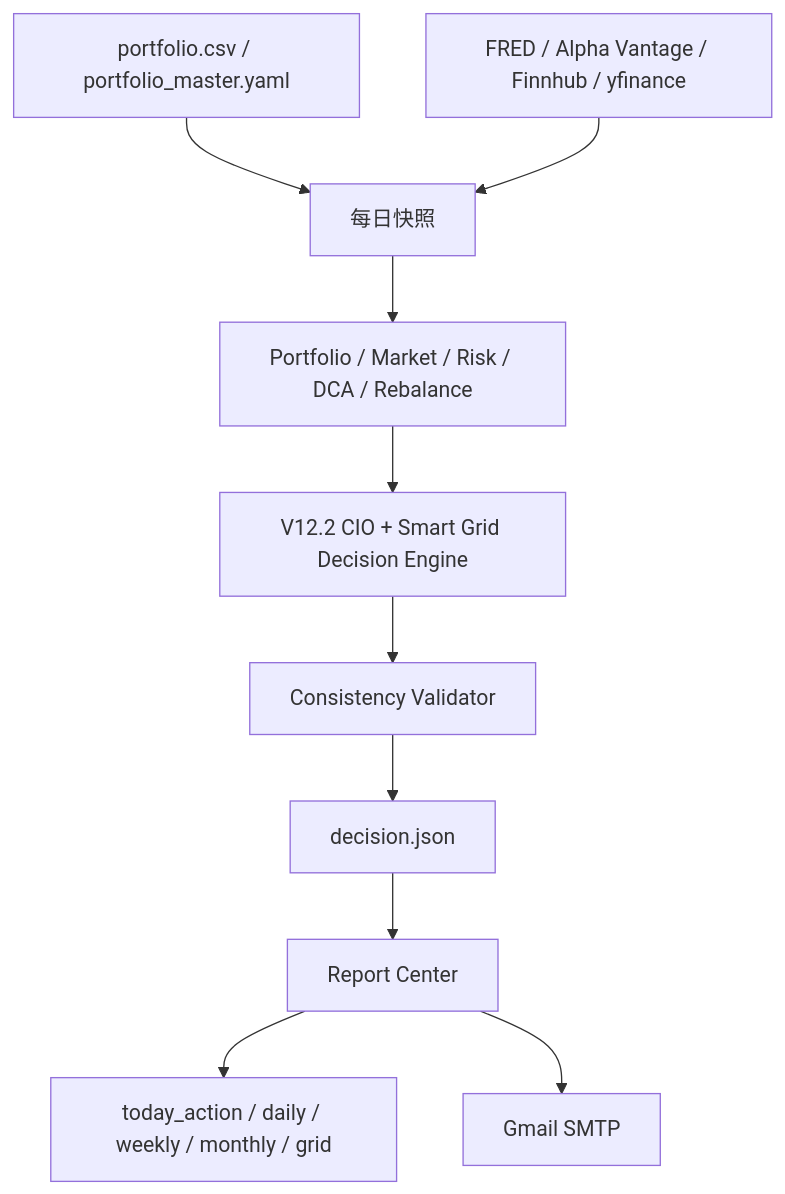
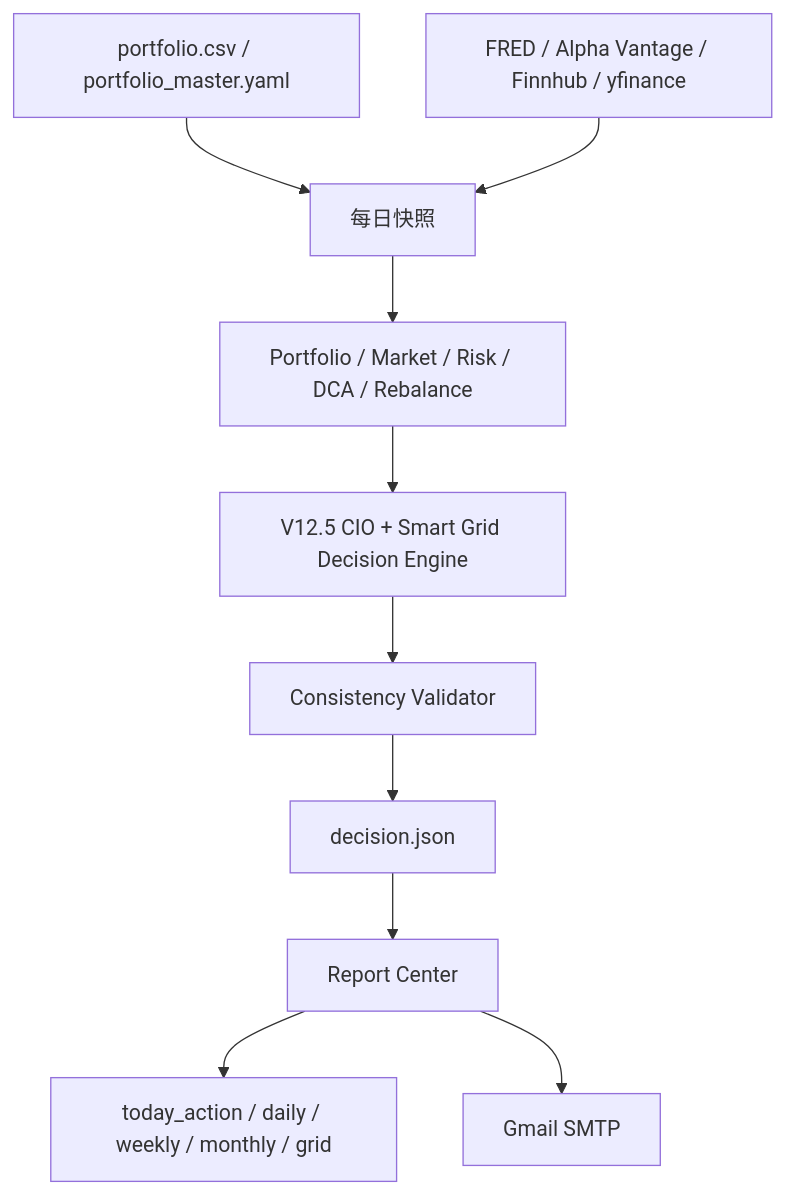
Before and after one commit to shitou3263063-pixel/stone-ai-investment-manager: the diagram in reports/project_audit.md, drawn with Mermaid. The commit also changed other lines of this file and 45 other files, not shown here.

````diff
--- a/reports/project_audit.md
+++ b/reports/project_audit.md
@@ -18,12 +18,12 @@
 ```mermaid
 flowchart TD
   A["portfolio.csv / portfolio_master.yaml"] --> B["每日快照"]
   C["FRED / Alpha Vantage / Finnhub / yfinance"] --> B
   B --> D["Portfolio / Market / Risk / DCA / Rebalance"]
-  D --> E["V12.2 CIO + Smart Grid Decision Engine"]
+  D --> E["V12.5 CIO + Smart Grid Decision Engine"]
   E --> F["Consistency Validator"]
   F --> G["decision.json"]
   G --> H["Report Center"]
   H --> I["today_action / daily / weekly / monthly / grid"]
   H --> J["Gmail SMTP"]
 ```
````
